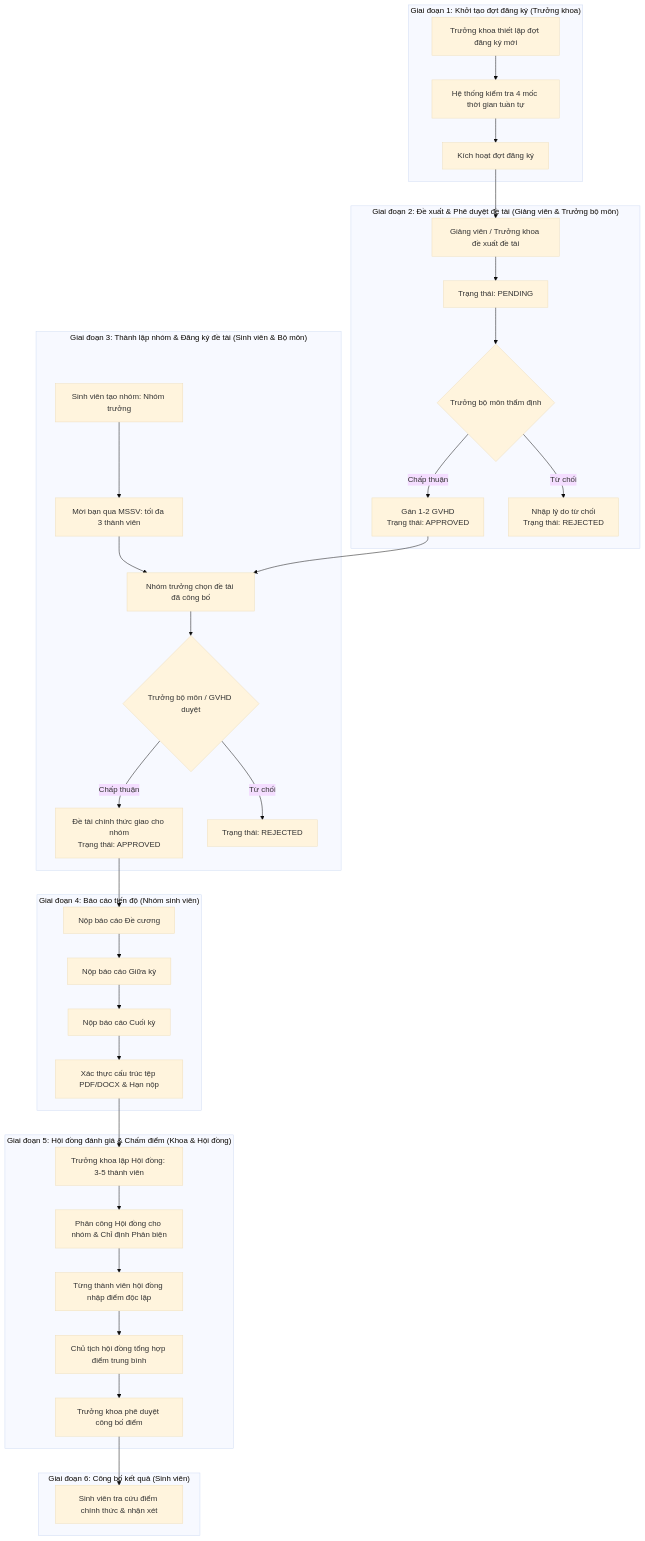
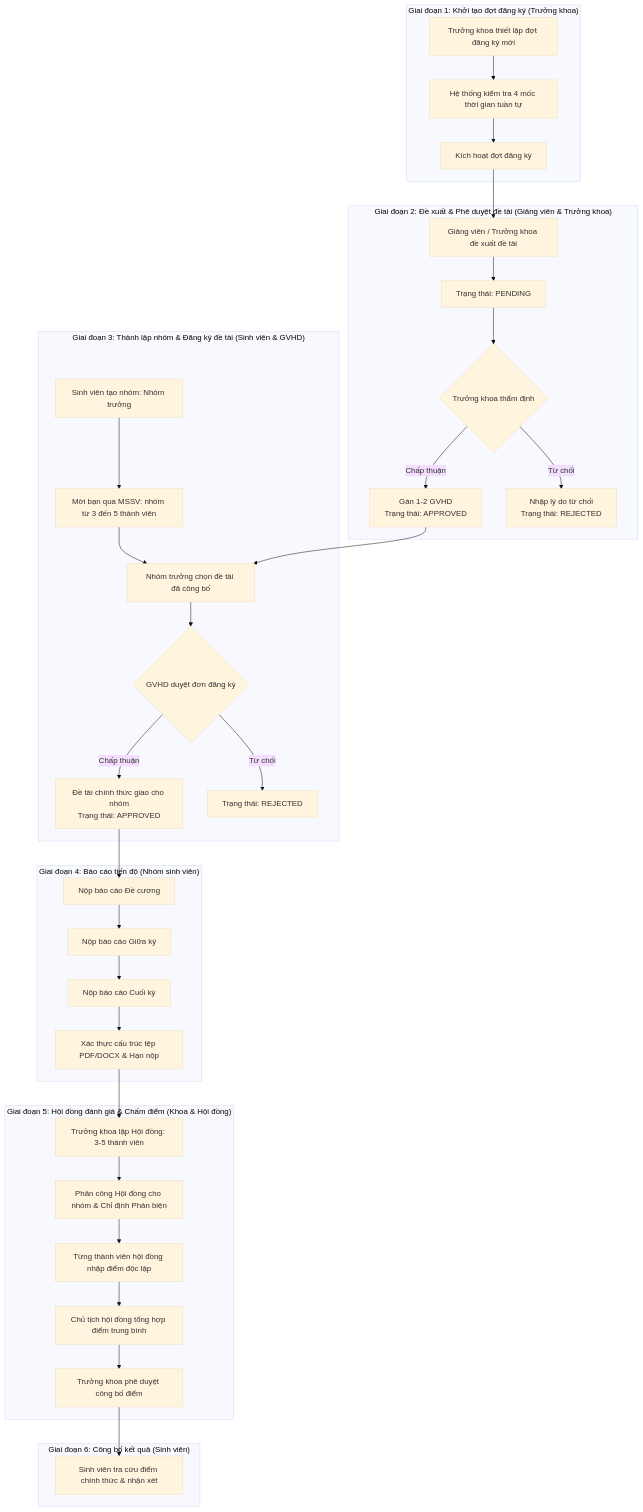
One commit to leminhhuy-ute/Web-Programming-WEPR330479- changed the diagram in docs/BUSINESS_WORKFLOW.md. Above: the diagram before and after it, drawn with Mermaid (base theme). The commit also changed other lines of this file and 96 other files, not shown here.

````diff
--- a/docs/BUSINESS_WORKFLOW.md
+++ b/docs/BUSINESS_WORKFLOW.md
@@ -5,45 +5,45 @@
 ```mermaid
 flowchart TD
     subgraph P1["Giai đoạn 1: Khởi tạo đợt đăng ký (Trưởng khoa)"]
         A1[Trưởng khoa thiết lập đợt đăng ký mới] --> A2[Hệ thống kiểm tra 4 mốc thời gian tuần tự]
         A2 --> A3[Kích hoạt đợt đăng ký]
     end
 
-    subgraph P2["Giai đoạn 2: Đề xuất & Phê duyệt đề tài (Giảng viên & Trưởng bộ môn)"]
+    subgraph P2["Giai đoạn 2: Đề xuất & Phê duyệt đề tài (Giảng viên & Trưởng khoa)"]
         B1[Giảng viên / Trưởng khoa đề xuất đề tài] --> B2[Trạng thái: PENDING]
-        B2 --> B3{Trưởng bộ môn thẩm định}
+        B2 --> B3{Trưởng khoa thẩm định}
         B3 -->|Chấp thuận| B4[Gán 1-2 GVHD<br/>Trạng thái: APPROVED]
         B3 -->|Từ chối| B5[Nhập lý do từ chối<br/>Trạng thái: REJECTED]
     end
 
-    subgraph P3["Giai đoạn 3: Thành lập nhóm & Đăng ký đề tài (Sinh viên & Bộ môn)"]
-        C1[Sinh viên tạo nhóm: Nhóm trưởng] --> C2[Mời bạn qua MSSV: tối đa 3 thành viên]
+    subgraph P3["Giai đoạn 3: Thành lập nhóm & Đăng ký đề tài (Sinh viên & GVHD)"]
+        C1[Sinh viên tạo nhóm: Nhóm trưởng] --> C2[Mời bạn qua MSSV: nhóm từ 3 đến 5 thành viên]
         C2 --> C3[Nhóm trưởng chọn đề tài đã công bố]
-        C3 --> C4{Trưởng bộ môn / GVHD duyệt}
+        C3 --> C4{GVHD duyệt đơn đăng ký}
         C4 -->|Chấp thuận| C5[Đề tài chính thức giao cho nhóm<br/>Trạng thái: APPROVED]
         C4 -->|Từ chối| C6[Trạng thái: REJECTED]
     end
 
     subgraph P4["Giai đoạn 4: Báo cáo tiến độ (Nhóm sinh viên)"]
         D1[Nộp báo cáo Đề cương] --> D2[Nộp báo cáo Giữa kỳ]
         D2 --> D3[Nộp báo cáo Cuối kỳ]
         D3 --> D4[Xác thực cấu trúc tệp PDF/DOCX & Hạn nộp]
     end
 
     subgraph P5["Giai đoạn 5: Hội đồng đánh giá & Chấm điểm (Khoa & Hội đồng)"]
         E1[Trưởng khoa lập Hội đồng: 3-5 thành viên] --> E2[Phân công Hội đồng cho nhóm & Chỉ định Phản biện]
         E2 --> E3[Từng thành viên hội đồng nhập điểm độc lập]
         E3 --> E4[Chủ tịch hội đồng tổng hợp điểm trung bình]
         E4 --> E5[Trưởng khoa phê duyệt công bố điểm]
     end
 
     subgraph P6["Giai đoạn 6: Công bố kết quả (Sinh viên)"]
         F1[Sinh viên tra cứu điểm chính thức & nhận xét]
     end
 
     A3 --> B1
     B4 --> C3
     C5 --> D1
     D4 --> E1
     E5 --> F1
 ```
````
